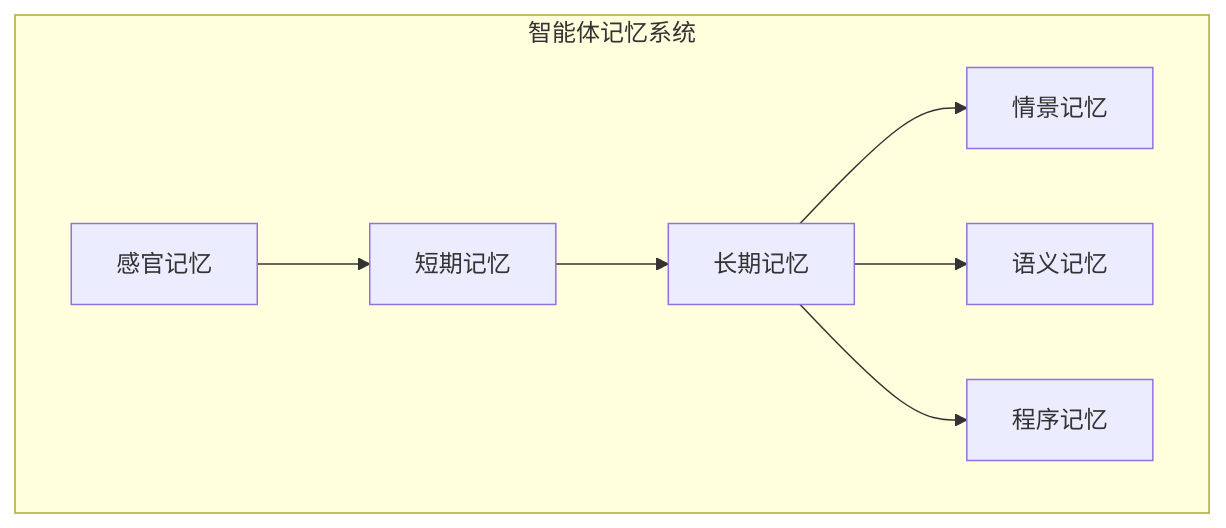
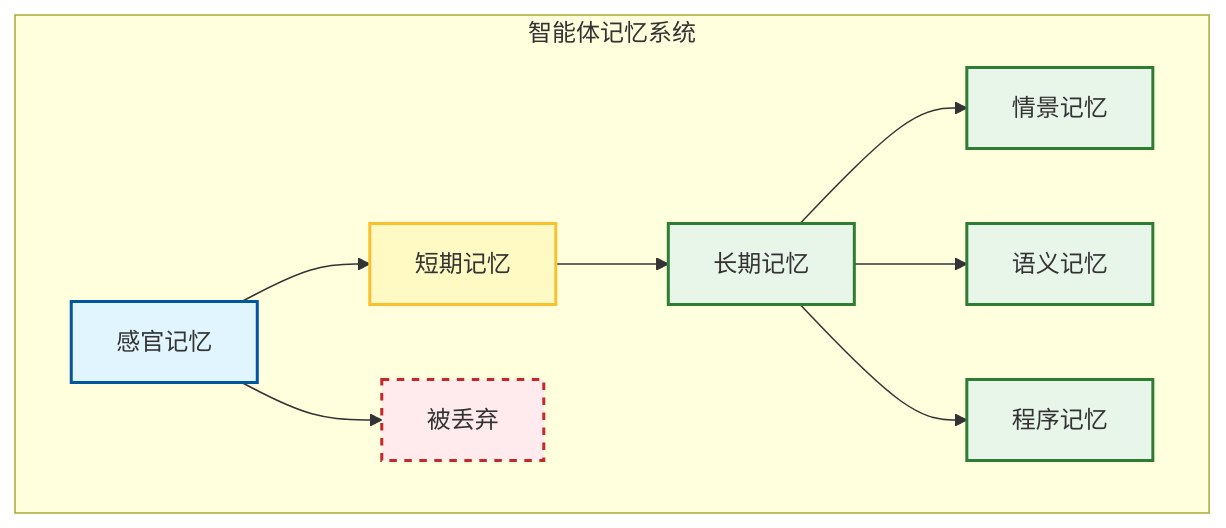
One commit to yeasy/agentic_ai_guide changed the first of 3 diagrams in 03_memory/3.1_memory_models.md. Above: the diagram before and after it, drawn with Mermaid. The commit also changed other lines of this file, not shown here.

````diff
--- a/03_memory/3.1_memory_models.md
+++ b/03_memory/3.1_memory_models.md
@@ -23,10 +23,21 @@
 ```mermaid
 graph TD
     subgraph memory["智能体记忆系统"]
         Sensory["感官记忆"] --> Short["短期记忆"]
+        Sensory --> Forgotten["被丢弃"]
         Short --> Long["长期记忆"]
         Long --> Episodic["情景记忆"]
         Long --> Semantic["语义记忆"]
         Long --> Procedural["程序记忆"]
     end
+
+    classDef sensory fill:#E1F5FE,stroke:#01579B,stroke-width:2px;
+    classDef short fill:#FFF9C4,stroke:#FBC02D,stroke-width:2px;
+    classDef long fill:#E8F5E9,stroke:#2E7D32,stroke-width:2px;
+    classDef forgot fill:#FFEBEE,stroke:#C62828,stroke-width:2px,stroke-dasharray: 5 5;
+
+    class Sensory sensory;
+    class Short short;
+    class Long,Episodic,Semantic,Procedural long;
+    class Forgotten forgot;
 ```
````
